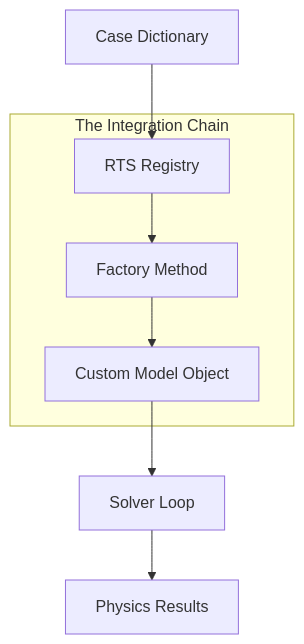
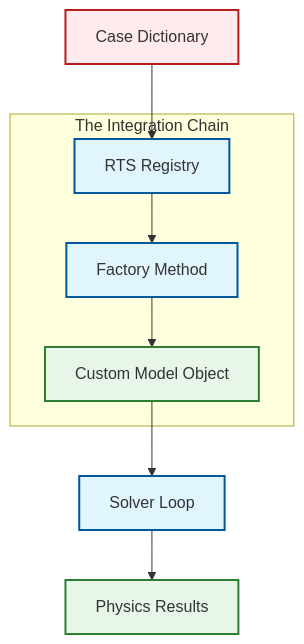
The diagram in MODULE_09_ADVANCED_TOPICS/CONTENT/07_PRACTICAL_PROJECT/02_Model_Development_Rationale.md (wramet/build-my-cfd), drawn with Mermaid before and after one commit. The commit also changed 313 other files, not shown here.

Commit message:
Revise all diagram

````diff
--- a/MODULE_09_ADVANCED_TOPICS/CONTENT/07_PRACTICAL_PROJECT/02_Model_Development_Rationale.md
+++ b/MODULE_09_ADVANCED_TOPICS/CONTENT/07_PRACTICAL_PROJECT/02_Model_Development_Rationale.md
@@ -27,14 +27,25 @@
 ```mermaid
 graph TD
-    A[Case Dictionary] --> B[RTS Registry]
-    B --> C[Factory Method]
-    C --> D[Custom Model Object]
-    D --> E[Solver Loop]
-    E --> F[Physics Results]
-
-    subgraph "The Integration Chain"
-    B
-    C
-    D
+    classDef implicit fill:#e1f5fe,stroke:#01579b,stroke-width:2px
+    classDef explicit fill:#ffebee,stroke:#b71c1c,stroke-width:2px
+    classDef success fill:#e8f5e9,stroke:#2e7d32,stroke-width:2px
+    
+    A[Case Dictionary]:::explicit
+    B[RTS Registry]:::implicit
+    C[Factory Method]:::implicit
+    D[Custom Model Object]:::success
+    E[Solver Loop]:::implicit
+    F[Physics Results]:::success
+    
+    subgraph IntegrationChain["The Integration Chain"]
+        B
+        C
+        D
     end
+    
+    A --> B
+    B --> C
+    C --> D
+    D --> E
+    E --> F
 ```
````
